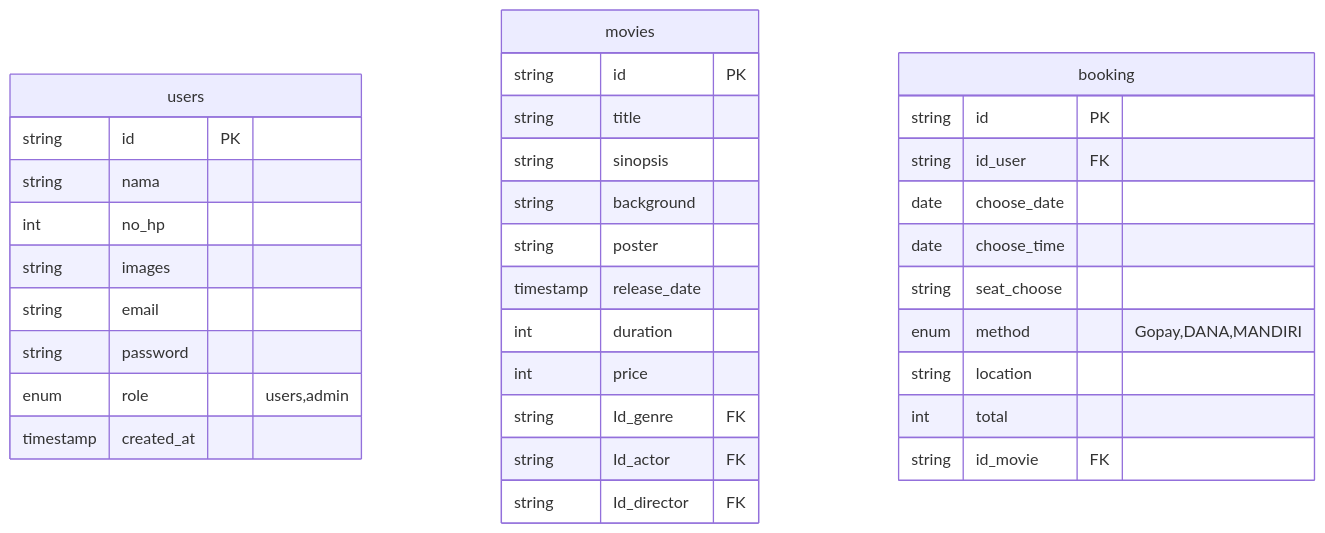
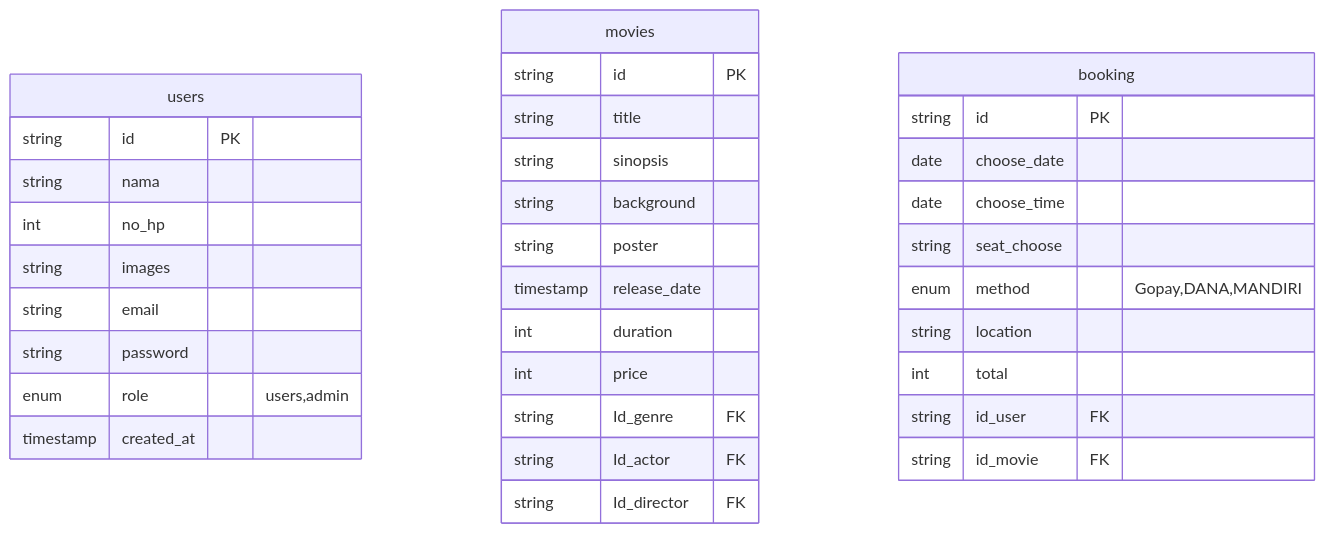
One commit to HN721/fgo24-db-weeklytask changed the diagram in readme.md. Above: the diagram before and after it, drawn with Mermaid. The commit also changed other lines of this file, not shown here.

````diff
--- a/readme.md
+++ b/readme.md
@@ -3,39 +3,39 @@
 ```mermaid
 erDiagram
 
 users{
     string id PK
     string nama
     int no_hp
     string images
     string email
     string password
     enum role "users,admin"
     timestamp created_at
 }
 movies{
     string id PK
     string title
     string sinopsis
     string background
     string poster
     timestamp release_date
     int duration
     int price
     string Id_genre FK
     string Id_actor FK
     string Id_director FK
 }
 booking{
     string id PK
-    string id_user FK
     date choose_date
     date choose_time
     string seat_choose
     enum method "Gopay,DANA,MANDIRI"
     string location
     int total
+    string id_user FK
     string id_movie FK
 }
 
 ```
````
